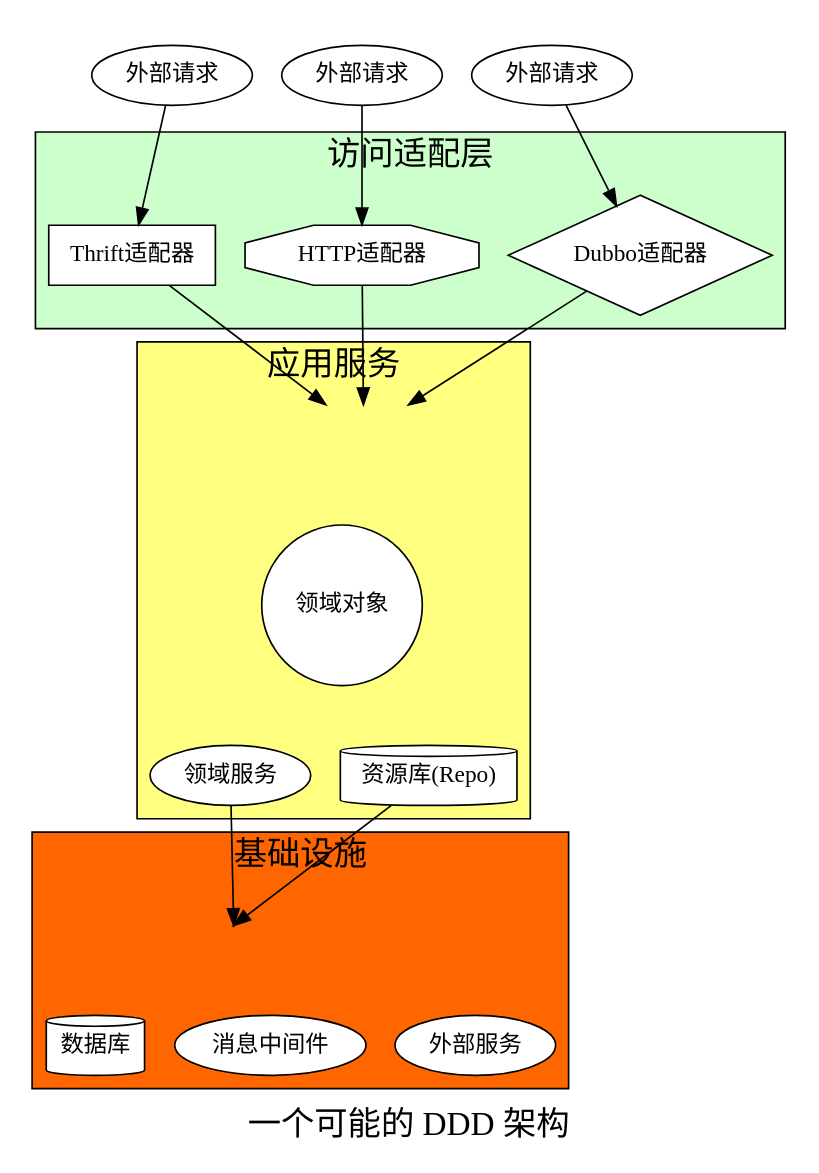
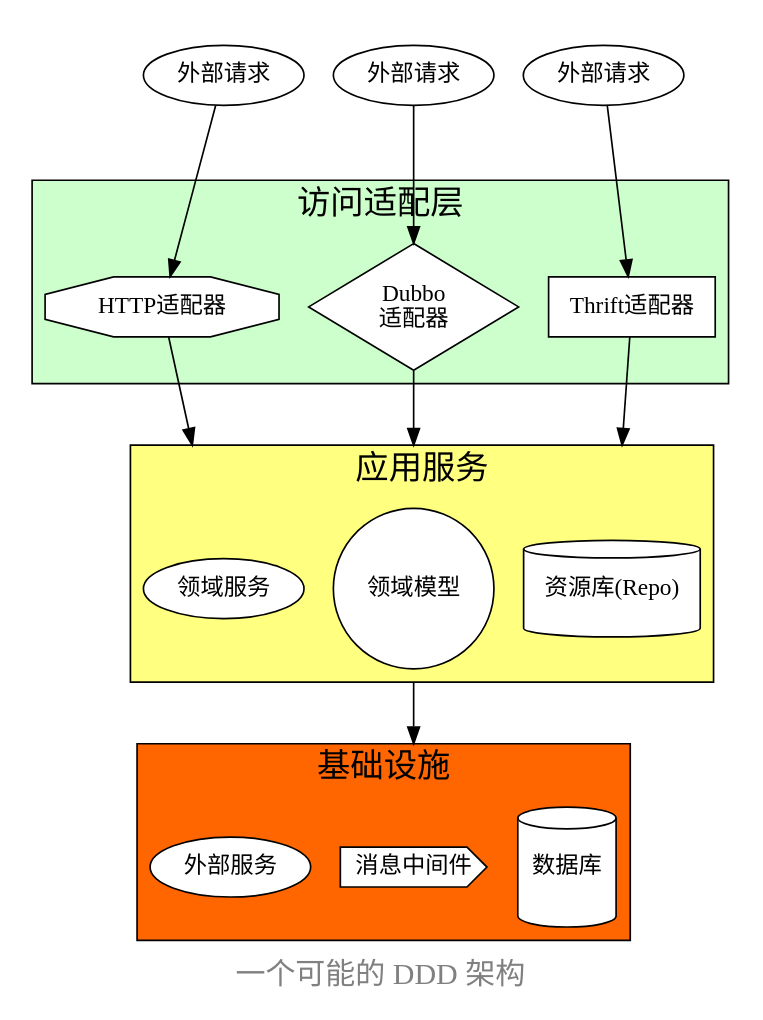
Before and after one commit to shinyoo/shinyoo.github.io: the diagram in ddd/img/architecture.dot, drawn with Graphviz. The commit also changed 3 other files, not shown here.

```diff
--- a/ddd/img/architecture.dot
+++ b/ddd/img/architecture.dot
@@ -1,88 +1,72 @@
 digraph architecture {
     splines=false
-
+    compound=true
     subgraph cluster_req {
         r1[label="外部请求"]
         r2[label="外部请求"]
         r3[label="外部请求"]
-        // r1->r2->r3[style=invis]
         border=false
         color=none
     }
     subgraph cluster_entry{
-        // i[style=invis;height=0;rank=source]
-        // i->{a0,a1,a2}[style=invis]
         node[style="filled";fillcolor=white]
         a2[label="Thrift适配器";shape=box;width=1];
         a0[label="HTTP适配器";shape=octagon;];
-        a1[label="Dubbo适配器";shape=diamond;height=1];
+        a1[label="Dubbo\n适配器";shape=diamond;];
         {a0,a1,a2}[rank=same];
         fontsize=20;
         label="访问适配层";
         style=filled;
         fillcolor="#ccffcc";   
-        compound=true;
     }
 
-    {a0,a1,a2}->entry[ltail=cluster_entry,lhead=cluster_domain]
     subgraph cluster_domain{
         node[style=filled;fillcolor=white]
         edge[color=blue];
 
-        entry[label="应用程序";style="filled,invis";shape=hexagon;fillcolor="#66ccff";rank=source]
-        o[label="领域对象";shape=circle]
-        repo[label="资源库(Repo)";shape=cylinder];
+        o[label="领域模型";shape=circle;];
+        repo[label="资源库(Repo)";shape=cylinder;height=0.8];
         d_ser[label="领域服务"];
 
         edge[style="invis"]
-        entry->repo
-        entry->repo
-        entry->o
-        entry->o
-        entry->d_ser
-        entry->d_ser
+        
         labelloc=t;
         
         label="应用服务";
         fontsize=20;
-        style=filled;
+        style="filled";
         fillcolor="#ffff80";
-        out[style=invisible;rank=min]
-        compound=true;
     }
 
-
-    edge[head=invis;headport=w]
-    d_ser->in
-    repo->in
-    edge[headport=none]
     subgraph cluster_infr{
-        in[style=invisible;rank=same;height=0;width=0]
         node[style=filled;fillcolor=white]
-        db[label="数据库";shape=cylinder]
-        mq[label="消息中间件"]
+        db[label="数据库";shape=cylinder;height=1]
+        mq[label="消息中间件";shape=cds;]
         ex_ser[label="外部服务"];
         edge[style=invis];
-        _r[style=invis;]
-        
-        in->db,mq,ex_ser
-        
+
         fontsize=20;
         label="基础设施";
         style=filled;
-        compound=true;
+        // compound=true;
         fillcolor="#ff6600";
     }
 
+    edge[minlen=2]
+
+    a0->d_ser[lhead=cluster_domain]
+    a1->o[lhead=cluster_domain]
+    a2->repo[lhead=cluster_domain]
+
+    o->mq[lhead=cluster_infr;ltail=cluster_domain;minlen=2;]
 
     r1->a0
     r2->a1
     r3->a2
-    {r1,r2,r3}[rank=min]
-    a1->o[style=invis]
-    o->repo[style=invis]
-    o->d_ser[style=invis]
-    fontsize=20;
+    
+    fontsize=18;
+    fontcolor=gray
     label="一个可能的 DDD 架构";
-
+    size="15";
+    
 }
```
